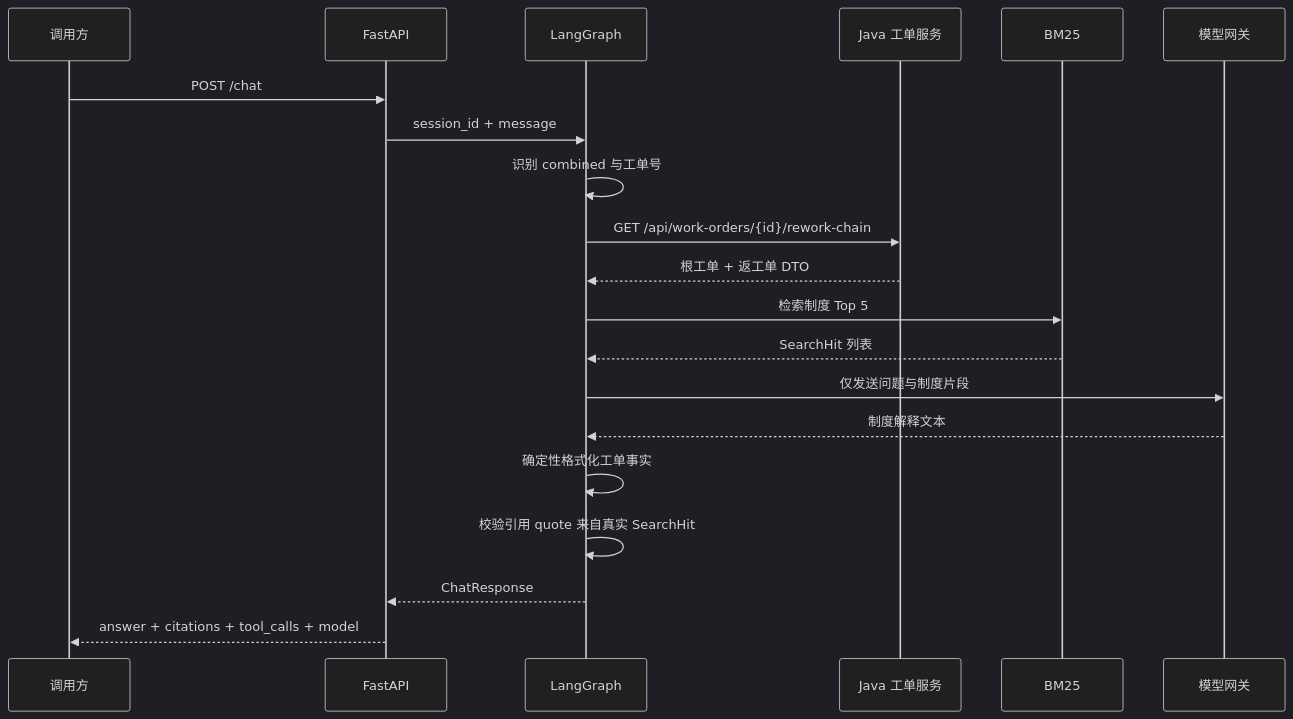
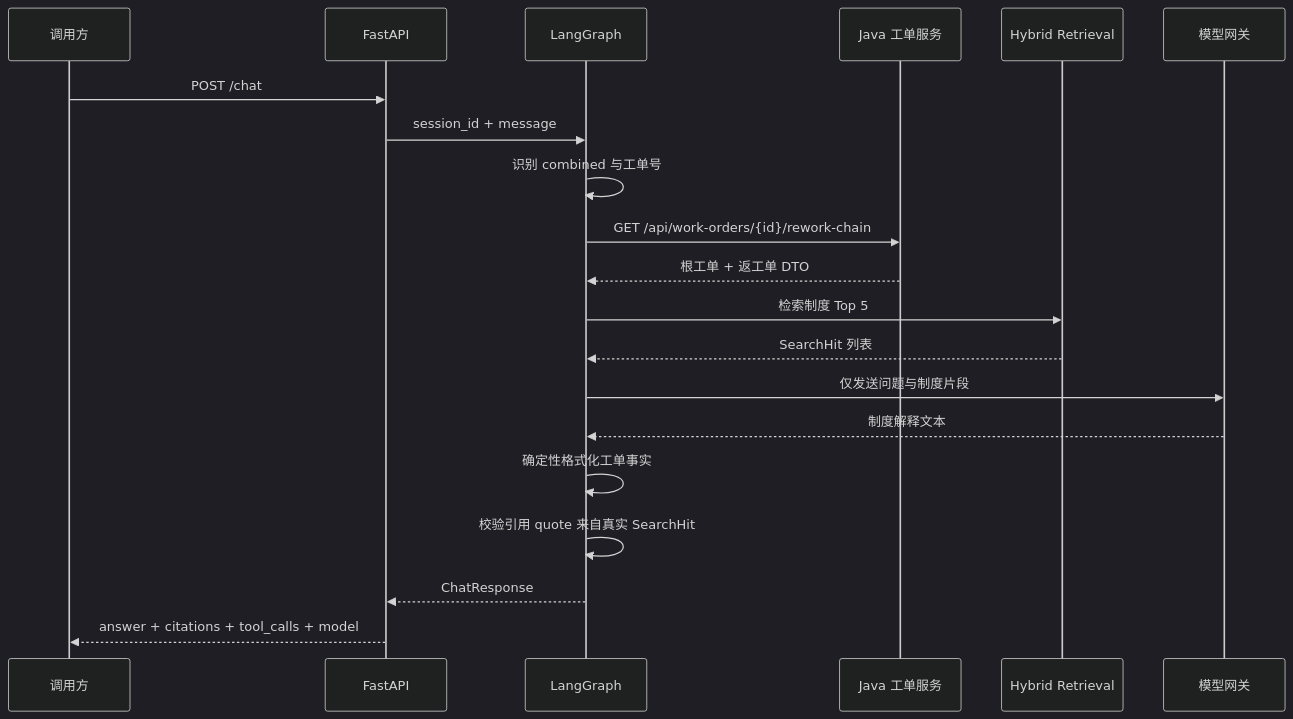
The third of 3 diagrams in docs/architecture.md (tang119238/enterprise-work-order-ai-assistant), drawn with Mermaid (dark theme) before and after one commit. The commit also changed other lines of this file and 36 other files, not shown here.

Commit message:
test(ai): verify tenant hybrid retrieval quality

````diff
--- a/docs/architecture.md
+++ b/docs/architecture.md
@@ -121,23 +123,23 @@
 ```mermaid
 sequenceDiagram
     participant U as 调用方
     participant A as FastAPI
     participant G as LangGraph
     participant J as Java 工单服务
-    participant R as BM25
+    participant R as Hybrid Retrieval
     participant L as 模型网关
 
     U->>A: POST /chat
     A->>G: session_id + message
     G->>G: 识别 combined 与工单号
     G->>J: GET /api/work-orders/{id}/rework-chain
     J-->>G: 根工单 + 返工单 DTO
     G->>R: 检索制度 Top 5
     R-->>G: SearchHit 列表
     G->>L: 仅发送问题与制度片段
     L-->>G: 制度解释文本
     G->>G: 确定性格式化工单事实
     G->>G: 校验引用 quote 来自真实 SearchHit
     G-->>A: ChatResponse
     A-->>U: answer + citations + tool_calls + model
 ```
````
